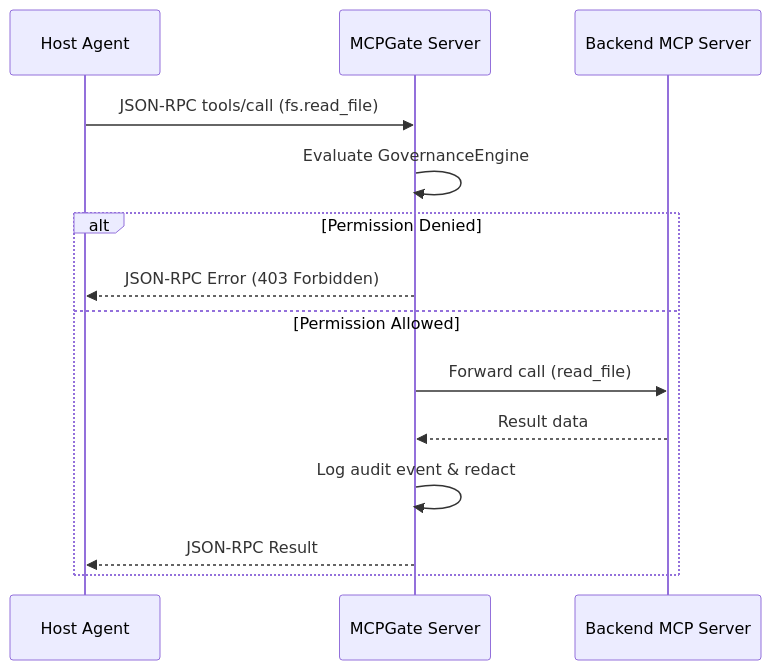
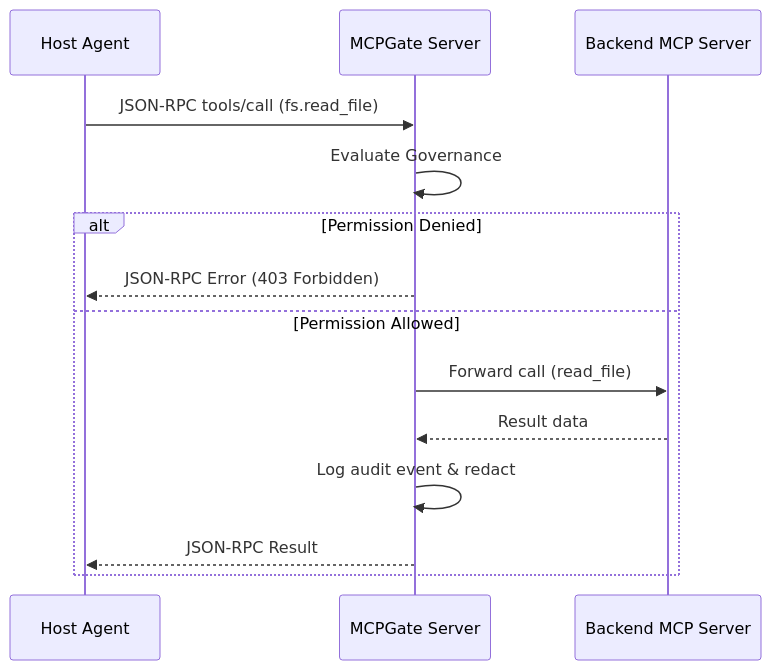
The second of 2 diagrams in docs/subsystems/mcpgateway.md (GodSpeedAI/swe_seed), drawn with Mermaid before and after one commit. The commit also changed other lines of this file and 5 other files, not shown here.

````diff
--- a/docs/subsystems/mcpgateway.md
+++ b/docs/subsystems/mcpgateway.md
@@ -86,17 +86,17 @@
 ```mermaid
 sequenceDiagram
     participant Agent as Host Agent
     participant Gate as MCPGate Server
     participant Backend as Backend MCP Server
 
     Agent->>Gate: JSON-RPC tools/call (fs.read_file)
-    Gate->>Gate: Evaluate GovernanceEngine
+    Gate->>Gate: Evaluate Governance
     alt Permission Denied
         Gate-->>Agent: JSON-RPC Error (403 Forbidden)
     else Permission Allowed
         Gate->>Backend: Forward call (read_file)
         Backend-->>Gate: Result data
         Gate->>Gate: Log audit event & redact
         Gate-->>Agent: JSON-RPC Result
     end
 ```
````
